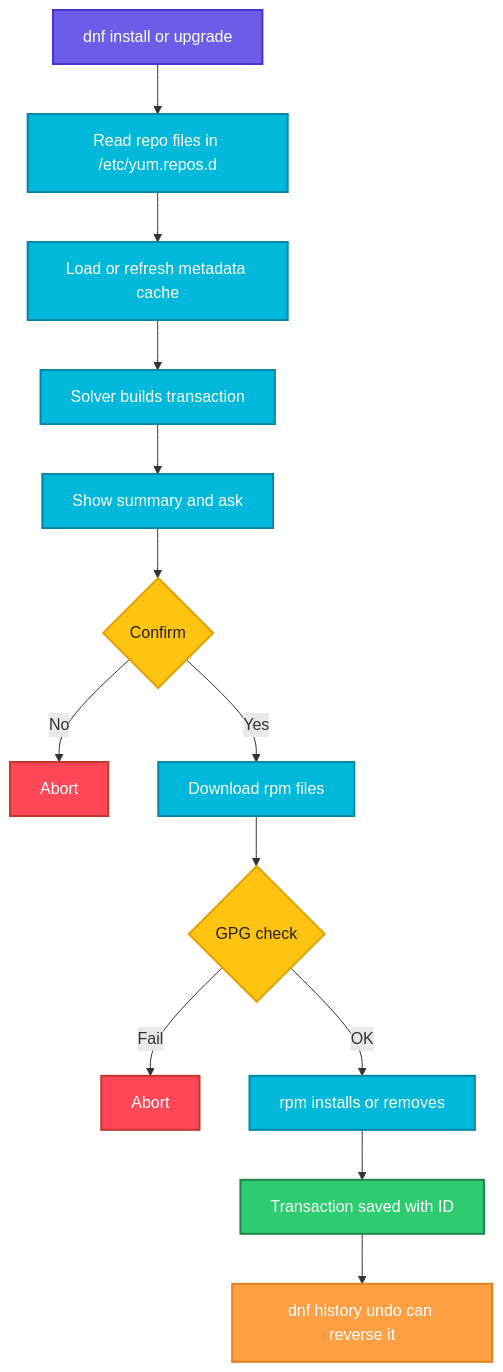
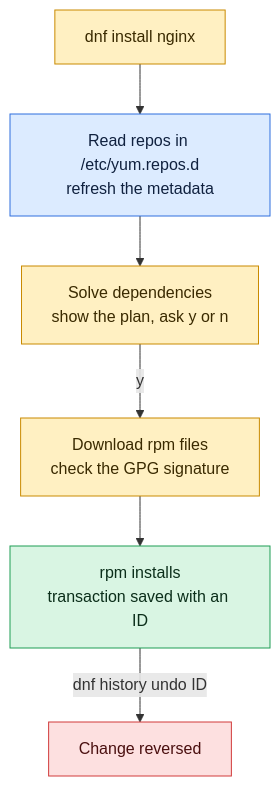
One commit to codeKerdosTech/DevOps-Documentation changed the diagram in linux/package-management/dnf.md. Above: the diagram before and after it, drawn with Mermaid. The commit also changed other lines of this file and 165 other files, not shown here.

Commit message:
updated diagrams in linux

````diff
--- a/linux/package-management/dnf.md
+++ b/linux/package-management/dnf.md
@@ -33,27 +33,17 @@
 ```mermaid
 flowchart TD
-    A[dnf install or upgrade] --> B[Read repo files in /etc/yum.repos.d]
-    B --> C[Load or refresh metadata cache]
-    C --> D[Solver builds transaction]
-    D --> E[Show summary and ask]
-    E --> F{Confirm}
-    F -->|No| G[Abort]
-    F -->|Yes| H[Download rpm files]
-    H --> I{GPG check}
-    I -->|Fail| J[Abort]
-    I -->|OK| K[rpm installs or removes]
-    K --> L[Transaction saved with ID]
-    L --> M[dnf history undo can reverse it]
-    classDef start fill:#6C5CE7,stroke:#4834D4,stroke-width:2px,color:#fff
-    classDef proc fill:#00B8D9,stroke:#0087A8,stroke-width:2px,color:#fff
-    classDef dec fill:#FFC312,stroke:#E1A100,stroke-width:2px,color:#222
-    classDef ok fill:#2ECC71,stroke:#1E8449,stroke-width:2px,color:#fff
-    classDef err fill:#FF4757,stroke:#C0392B,stroke-width:2px,color:#fff
-    classDef alt fill:#FF9F43,stroke:#E67E22,stroke-width:2px,color:#fff
-    class A start
-    class B,C,D,E,H,K proc
-    class F,I dec
-    class L ok
-    class G,J err
-    class M alt
+    c1[dnf install nginx] --> i1[Read repos in /etc/yum.repos.d<br/>refresh the metadata]
+    i1 --> c2[Solve dependencies<br/>show the plan, ask y or n]
+    c2 -->|y| c3[Download rpm files<br/>check the GPG signature]
+    c3 --> o1[rpm installs<br/>transaction saved with an ID]
+    o1 -->|dnf history undo ID| x1[Change reversed]
+    classDef inp fill:#DCEBFF,stroke:#2F6FDE,color:#10213F
+    classDef cmd fill:#FFF0C2,stroke:#C98A00,color:#3A2A00
+    classDef out fill:#D9F5E3,stroke:#1F9D55,color:#0B2E1A
+    classDef bad fill:#FDE0E0,stroke:#D13B3B,color:#4A0F0F
+    classDef note fill:#ECEFF3,stroke:#7B8794,color:#1F2933
+    class c1,c2,c3 cmd
+    class i1 inp
+    class o1 out
+    class x1 bad
 ```
````
